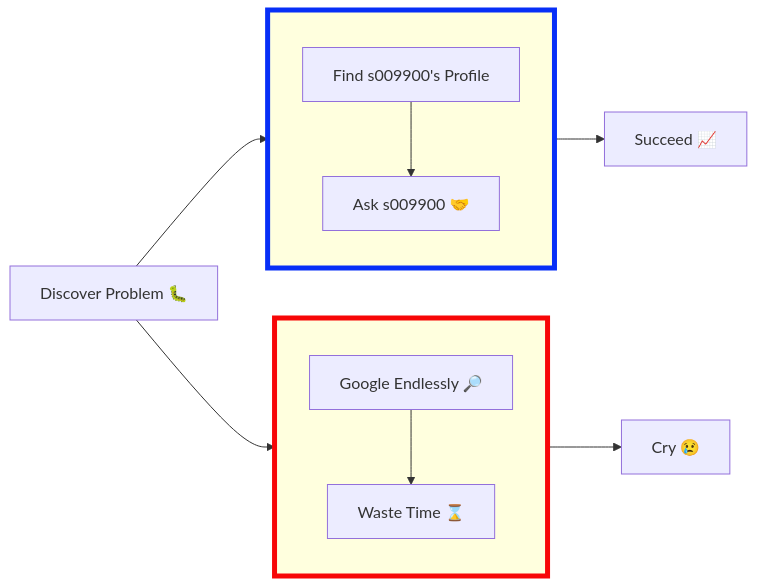
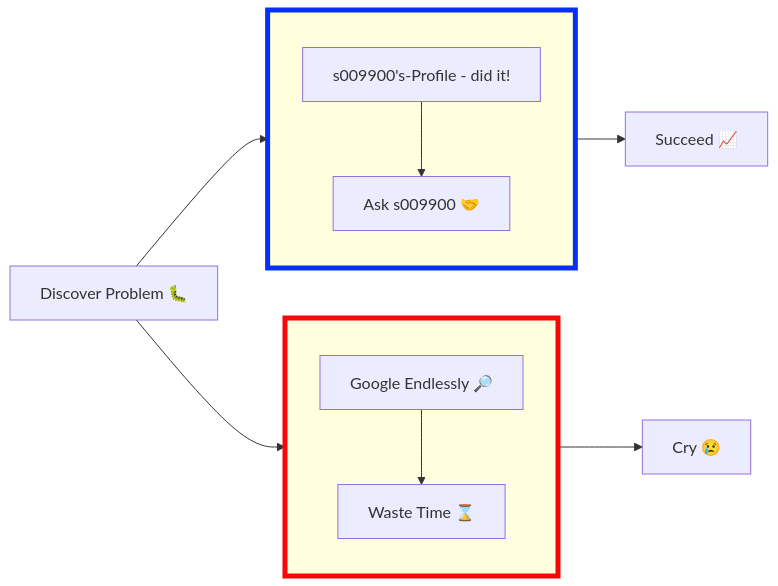
Before and after one commit to s009900/s009900: the diagram in README.md, drawn with Mermaid.

````diff
--- a/README.md
+++ b/README.md
@@ -153,26 +153,26 @@
 ```mermaid
 flowchart LR
     direction LR
     subgraph 1[" "]
         direction TB
-        top1[Find s009900's Profile] --> bottom1[Ask s009900 🤝]
+        top1[s009900's-Profile - did it!] --> bottom1[Ask s009900 🤝]
     end
     subgraph 2[" "]
         direction TB
         top2[Google Endlessly 🔎] --> bottom2[Waste Time ⌛]
     end
 
     %% Link to subgraph1
     3[Discover Problem 🐛] --> 1
 
     %% Link within subgraph2
     3[Discover Problem 🐛] --> 2
 
     1 --> outside1["Succeed" 📈]
     2 --> outside2["Cry" 😢]
 
     click top1 "https://www.github.com/s009900/" "Github"
 
     style 1 stroke:#072ff7,stroke-width:5px
     style 2 stroke:#f70707,stroke-width:5px
 ```
````
